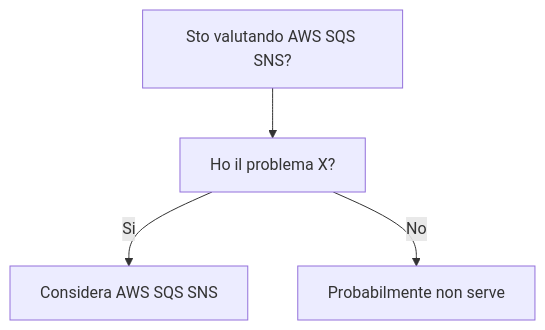
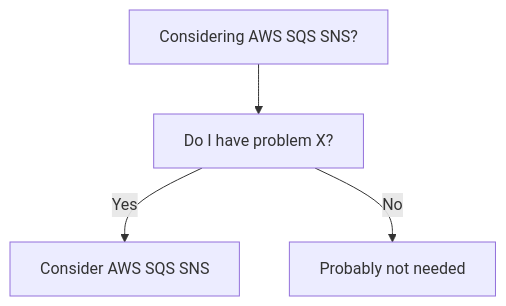
The diagram in dev-wiki/13_Integration/Message_Brokers/AWS_SQS_SNS/When_To_Use.md (HxT9/Software-Dev-Wiki), drawn with Mermaid before and after one commit. The commit also changed other lines of this file and 3444 other files, not shown here.

````diff
--- a/dev-wiki/13_Integration/Message_Brokers/AWS_SQS_SNS/When_To_Use.md
+++ b/dev-wiki/13_Integration/Message_Brokers/AWS_SQS_SNS/When_To_Use.md
@@ -19,6 +19,6 @@
 ```mermaid
 flowchart TD
-  Q[Sto valutando AWS SQS SNS?] --> Q1[Ho il problema X?]
-  Q1 -->|Si| OK[Considera AWS SQS SNS]
-  Q1 -->|No| NO[Probabilmente non serve]
+  Q[Considering AWS SQS SNS?] --> Q1[Do I have problem X?]
+  Q1 -->|Yes| OK[Consider AWS SQS SNS]
+  Q1 -->|No| NO[Probably not needed]
 ```
````
